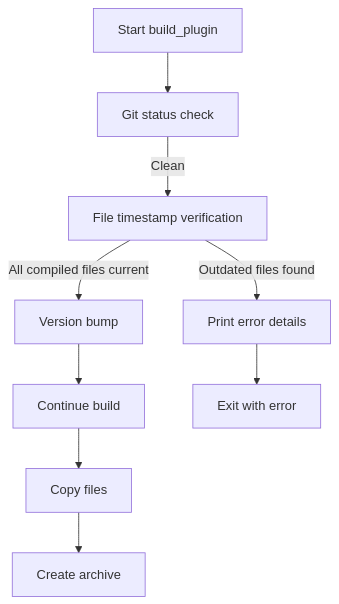
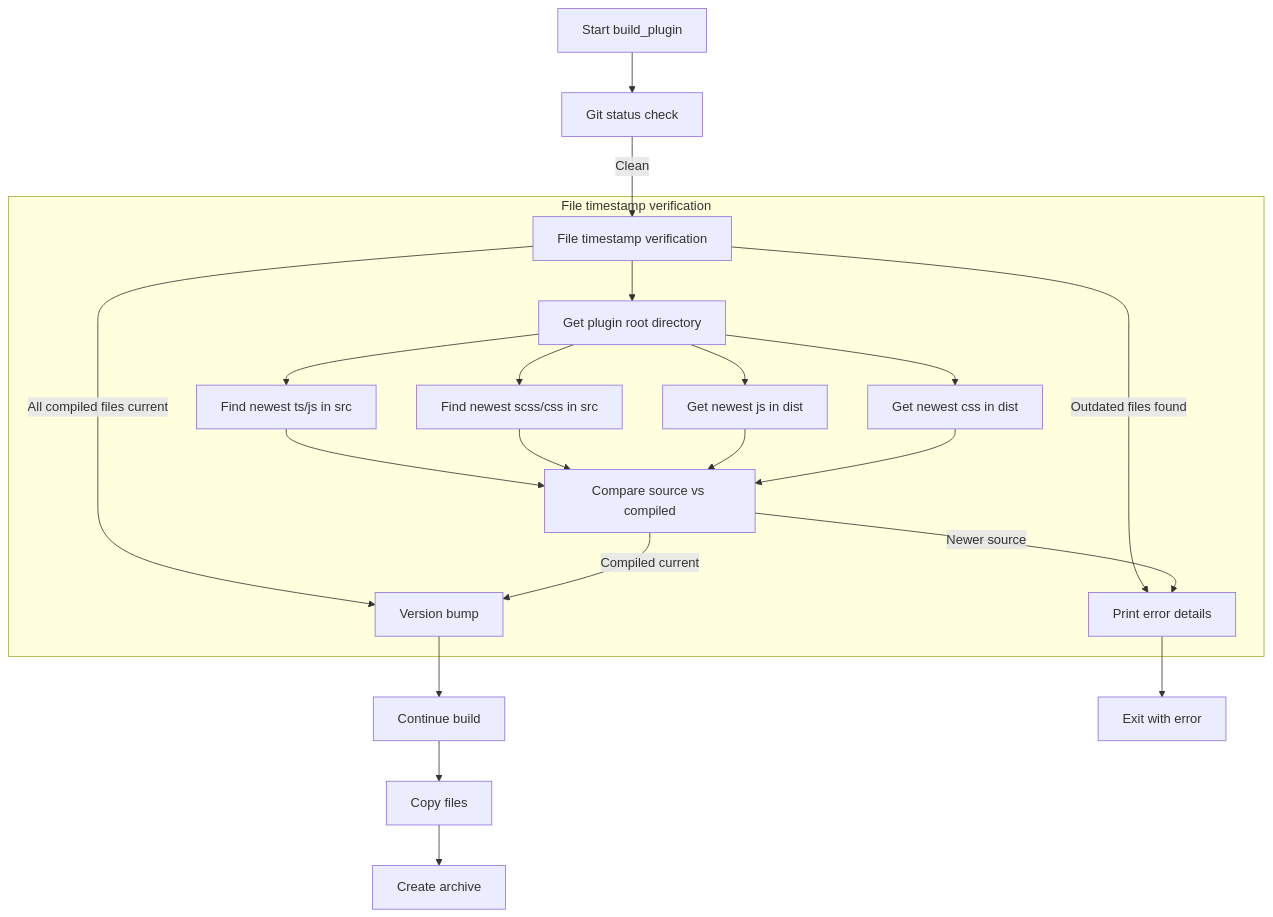
Before and after one commit to topdata-software-gmbh/topdata-package-release-builder: the diagram in ai_docs/plans/PLAN__file_timestamp_check.md, drawn with Mermaid. The commit also changed other lines of this file and 6 other files, not shown here.

````diff
--- a/ai_docs/plans/PLAN__file_timestamp_check.md
+++ b/ai_docs/plans/PLAN__file_timestamp_check.md
@@ -10,11 +10,26 @@
 ```mermaid
 graph TD
     A[Start build_plugin] --> B[Git status check]
     B -->|Clean| C[File timestamp verification]
     C -->|All compiled files current| D[Version bump]
     D --> E[Continue build]
     C -->|Outdated files found| F[Print error details]
     F --> G[Exit with error]
     E --> H[Copy files]
     H --> I[Create archive]
+    
+    subgraph File timestamp verification
+        C1[Get plugin root directory]
+        C2[Find newest ts/js in src]
+        C3[Find newest scss/css in src]
+        C4[Get newest js in dist]
+        C5[Get newest css in dist]
+        C6[Compare source vs compiled]
+        C --> C1 --> C2 --> C6
+        C1 --> C3 --> C6
+        C1 --> C4 --> C6
+        C1 --> C5 --> C6
+        C6 -->|Newer source| F
+        C6 -->|Compiled current| D
+    end
 ```
````
